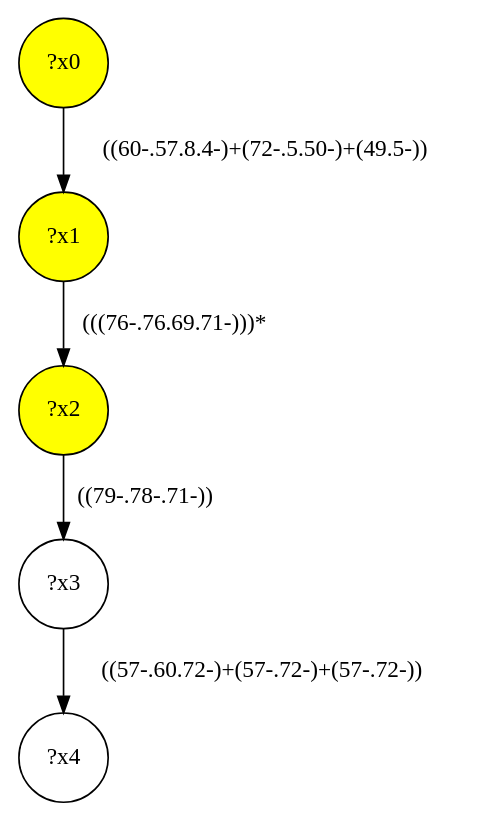
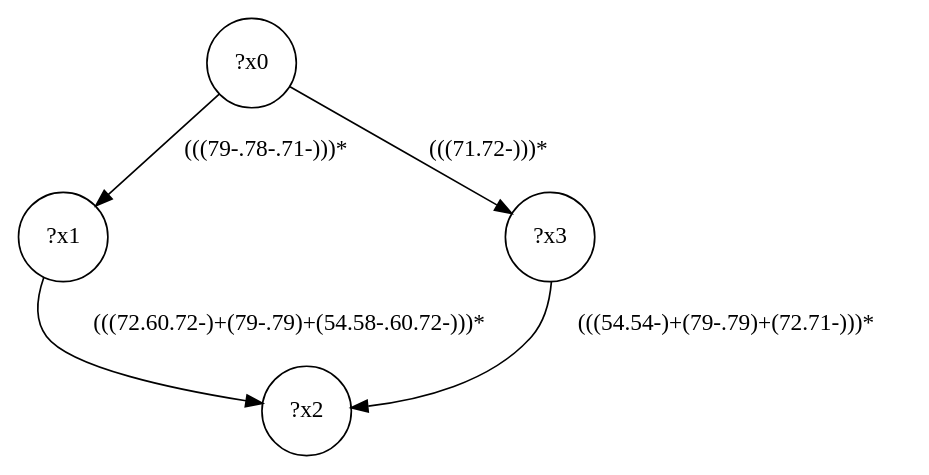
One commit to MathieuGicquel/federated-benchmark changed the diagram in lib/gmark/demo/shop/shop-interface/query-20.dot. Above: the diagram before and after it, drawn with Graphviz. The commit also changed 354 other files, not shown here.

```diff
--- a/lib/gmark/demo/shop/shop-interface/query-20.dot
+++ b/lib/gmark/demo/shop/shop-interface/query-20.dot
@@ -1,11 +1,10 @@
 digraph g {
-	x0 [fillcolor="yellow", style="filled," shape=circle, label="?x0"];
-	x2 [fillcolor="yellow", style="filled," shape=circle, label="?x2"];
-	x1 [fillcolor="yellow", style="filled," shape=circle, label="?x1"];
-	x0 -> x1 [label="((60-.57.8.4-)+(72-.5.50-)+(49.5-))"];
-	x1 -> x2 [label="(((76-.76.69.71-)))*"];
+	x0 [shape=circle, label="?x0"];
+	x1 [shape=circle, label="?x1"];
+	x0 -> x1 [label="(((79-.78-.71-)))*"];
+	x2 [shape=circle, label="?x2"];
+	x1 -> x2 [label="(((72.60.72-)+(79-.79)+(54.58-.60.72-)))*"];
 	x3 [shape=circle, label="?x3"];
-	x2 -> x3 [label="((79-.78-.71-))"];
-	x4 [shape=circle, label="?x4"];
-	x3 -> x4 [label="((57-.60.72-)+(57-.72-)+(57-.72-))"];
+	x0 -> x3 [label="(((71.72-)))*"];
+	x3 -> x2 [label="(((54.54-)+(79-.79)+(72.71-)))*"];
 }
```
